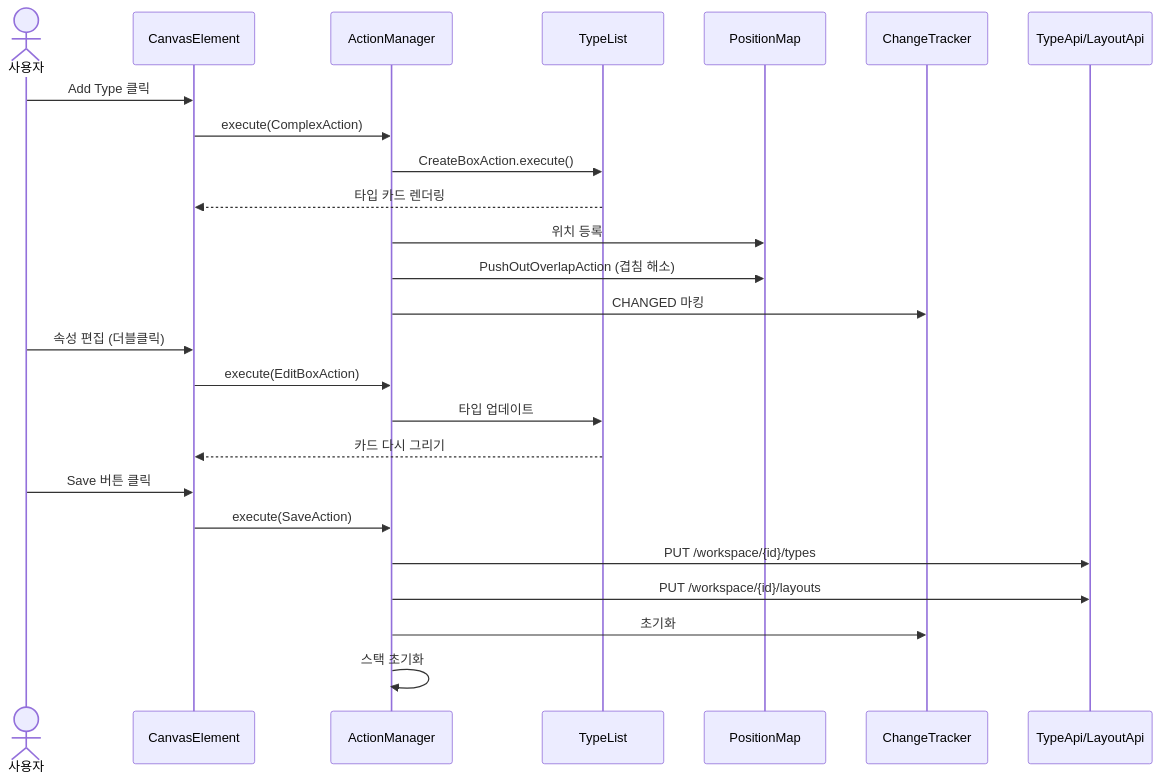
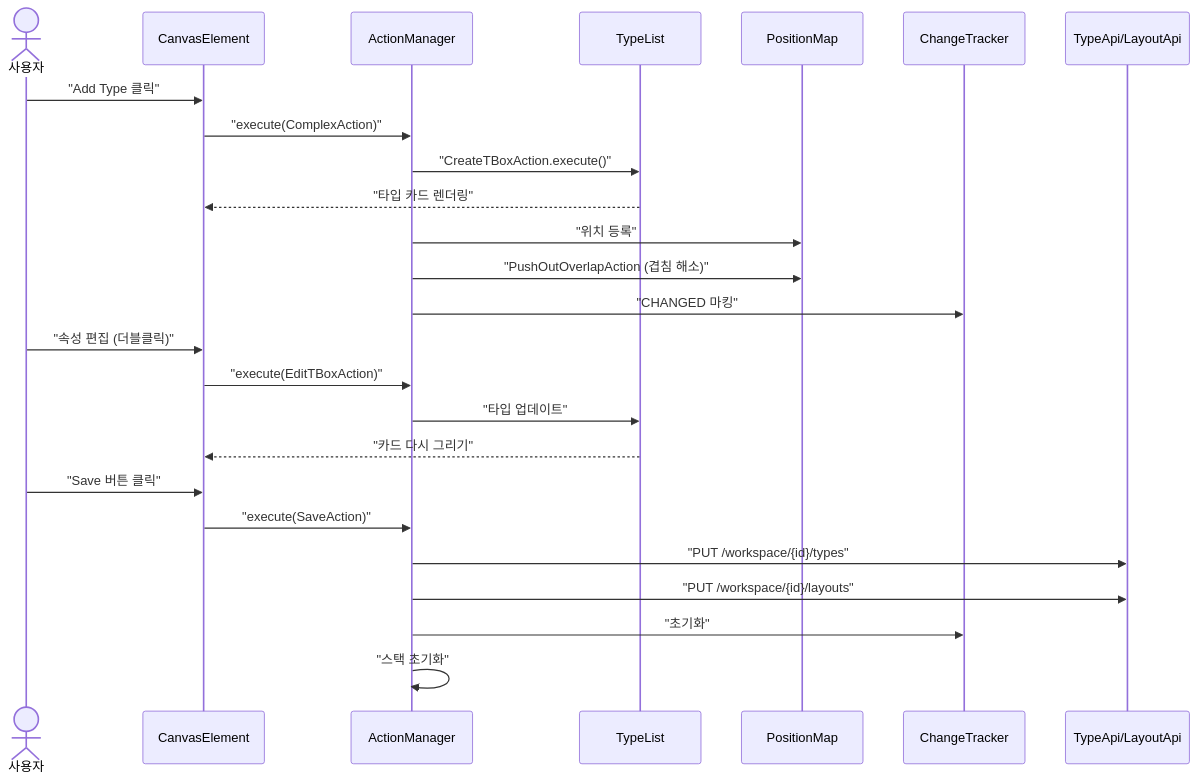
One commit to sayaya1090/handbook changed the first of 13 diagrams in type-ui/USECASE.md. Above: the diagram before and after it, drawn with Mermaid. The commit also changed other lines of this file and 22 other files, not shown here.

First line of the commit message:
docs: Mermaid 다이어그램 렌더링 오류 수정을 위한 구문 전수 교정

````diff
--- a/type-ui/USECASE.md
+++ b/type-ui/USECASE.md
@@ -5,30 +5,30 @@
 ```mermaid
 sequenceDiagram
     actor User as 사용자
     participant Canvas as CanvasElement
     participant AM as ActionManager
     participant TL as TypeList
     participant PM as PositionMap
     participant CT as ChangeTracker
     participant API as TypeApi/LayoutApi
 
-    User->>Canvas: Add Type 클릭
-    Canvas->>AM: execute(ComplexAction)
-    AM->>TL: CreateBoxAction.execute()
-    TL-->>Canvas: 타입 카드 렌더링
-    AM->>PM: 위치 등록
-    AM->>PM: PushOutOverlapAction (겹침 해소)
-    AM->>CT: CHANGED 마킹
+    User->>Canvas: "Add Type 클릭"
+    Canvas->>AM: "execute(ComplexAction)"
+    AM->>TL: "CreateTBoxAction.execute()"
+    TL-->>Canvas: "타입 카드 렌더링"
+    AM->>PM: "위치 등록"
+    AM->>PM: "PushOutOverlapAction (겹침 해소)"
+    AM->>CT: "CHANGED 마킹"
 
-    User->>Canvas: 속성 편집 (더블클릭)
-    Canvas->>AM: execute(EditBoxAction)
-    AM->>TL: 타입 업데이트
-    TL-->>Canvas: 카드 다시 그리기
+    User->>Canvas: "속성 편집 (더블클릭)"
+    Canvas->>AM: "execute(EditTBoxAction)"
+    AM->>TL: "타입 업데이트"
+    TL-->>Canvas: "카드 다시 그리기"
 
-    User->>Canvas: Save 버튼 클릭
-    Canvas->>AM: execute(SaveAction)
-    AM->>API: PUT /workspace/{id}/types
-    AM->>API: PUT /workspace/{id}/layouts
-    AM->>CT: 초기화
-    AM->>AM: 스택 초기화
+    User->>Canvas: "Save 버튼 클릭"
+    Canvas->>AM: "execute(SaveAction)"
+    AM->>API: "PUT /workspace/{id}/types"
+    AM->>API: "PUT /workspace/{id}/layouts"
+    AM->>CT: "초기화"
+    AM->>AM: "스택 초기화"
 ```
````
